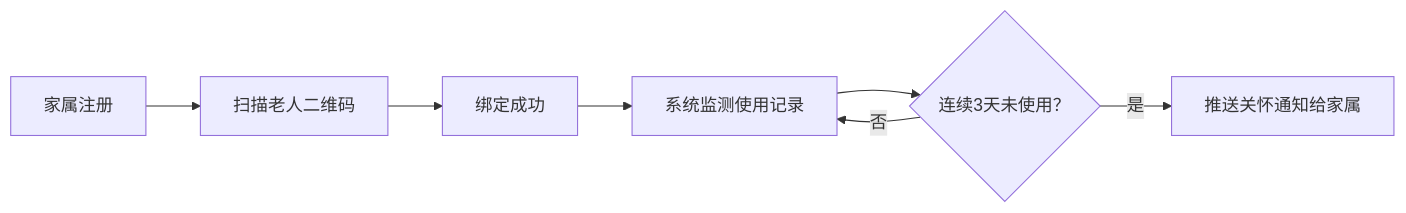
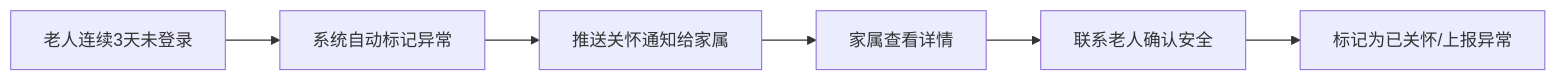
One commit to ccpen199/Trae-solo changed the second of 3 diagrams in .trae/documents/PRD.md. Above: the diagram before and after it, drawn with Mermaid. The commit also changed other lines of this file and 66 other files, not shown here.

````diff
--- a/.trae/documents/PRD.md
+++ b/.trae/documents/PRD.md
@@ -61,9 +63,8 @@
 ```mermaid
 flowchart LR
-    A["家属注册"] --> B["扫描老人二维码"]
-    B --> C["绑定成功"]
-    C --> D["系统监测使用记录"]
-    D --> E{"连续3天未使用？"}
-    E -->|是| F["推送关怀通知给家属"]
-    E -->|否| D
+    A["老人连续3天未登录"] --> B["系统自动标记异常"]
+    B --> C["推送关怀通知给家属"]
+    C --> D["家属查看详情"]
+    D --> E["联系老人确认安全"]
+    E --> F["标记为已关怀/上报异常"]
 ```
````
